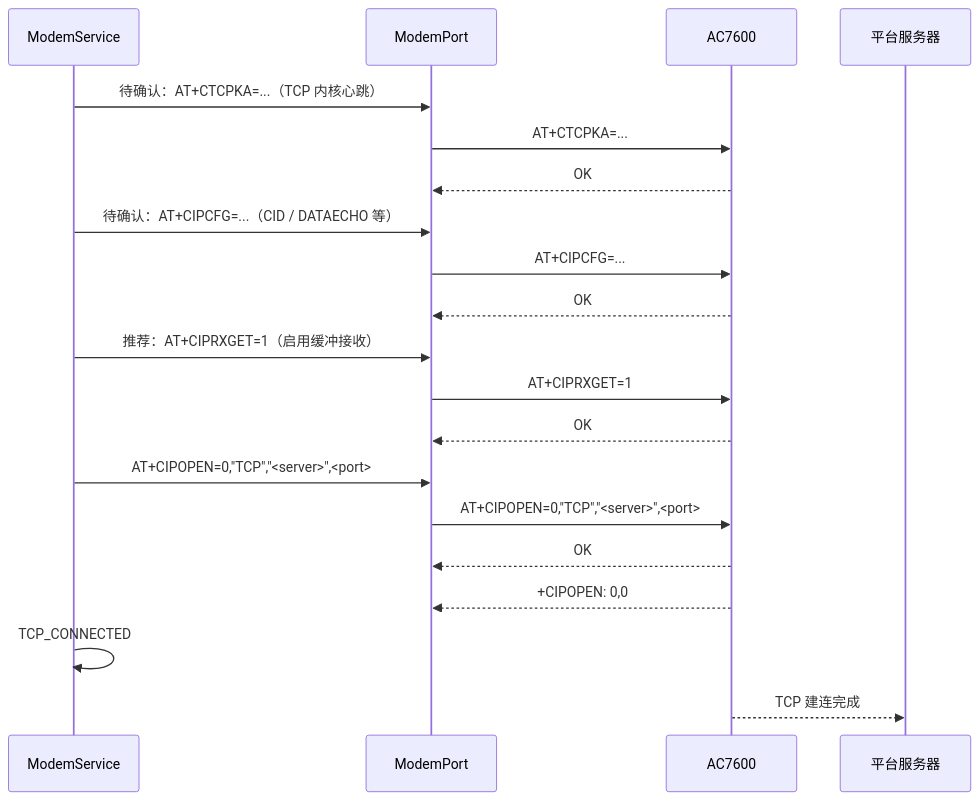
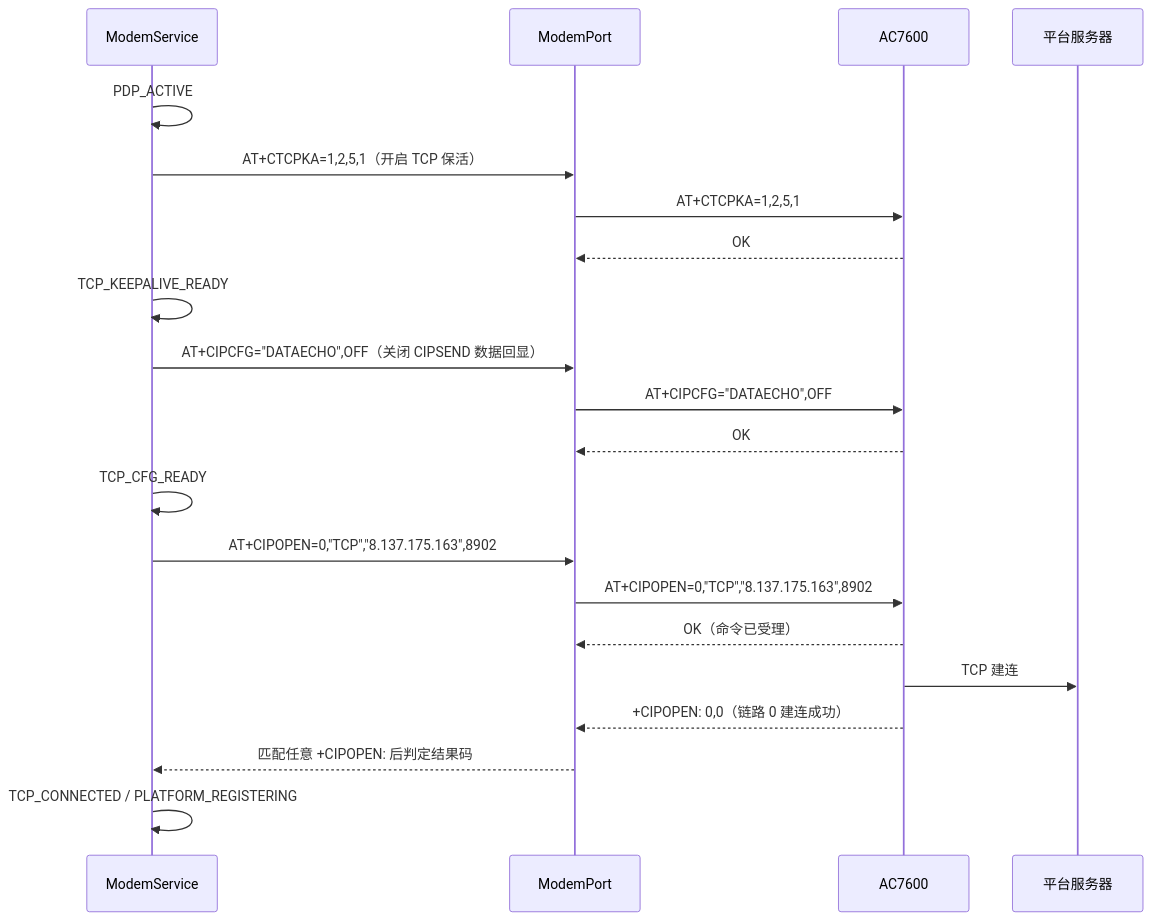
The fourth of 6 diagrams in docs/AC7600_TCPIP_SWIMLANE.md (xiaojunzhong123/eCall), drawn with Mermaid before and after one commit. The commit also changed other lines of this file and 5 other files, not shown here.

First line of the commit message:
CR-012: 打通 AC7600 PDP 与 TCP 链路

````diff
--- a/docs/AC7600_TCPIP_SWIMLANE.md
+++ b/docs/AC7600_TCPIP_SWIMLANE.md
@@ -79,26 +102,26 @@
 ```mermaid
 sequenceDiagram
     participant S as ModemService
     participant P as ModemPort
     participant M as AC7600
     participant V as 平台服务器
 
-    S->>P: 待确认：AT+CTCPKA=...（TCP 内核心跳）
-    P->>M: AT+CTCPKA=...
+    S->>S: PDP_ACTIVE
+    S->>P: AT+CTCPKA=1,2,5,1（开启 TCP 保活）
+    P->>M: AT+CTCPKA=1,2,5,1
     M-->>P: OK
+    S->>S: TCP_KEEPALIVE_READY
 
-    S->>P: 待确认：AT+CIPCFG=...（CID / DATAECHO 等）
-    P->>M: AT+CIPCFG=...
+    S->>P: AT+CIPCFG="DATAECHO",OFF（关闭 CIPSEND 数据回显）
+    P->>M: AT+CIPCFG="DATAECHO",OFF
     M-->>P: OK
+    S->>S: TCP_CFG_READY
 
-    S->>P: 推荐：AT+CIPRXGET=1（启用缓冲接收）
-    P->>M: AT+CIPRXGET=1
-    M-->>P: OK
-
-    S->>P: AT+CIPOPEN=0,"TCP","<server>",<port>
-    P->>M: AT+CIPOPEN=0,"TCP","<server>",<port>
-    M-->>P: OK
-    M-->>P: +CIPOPEN: 0,0
-    S->>S: TCP_CONNECTED
-    M-->>V: TCP 建连完成
+    S->>P: AT+CIPOPEN=0,"TCP","8.137.175.163",8902
+    P->>M: AT+CIPOPEN=0,"TCP","8.137.175.163",8902
+    M-->>P: OK（命令已受理）
+    M->>V: TCP 建连
+    M-->>P: +CIPOPEN: 0,0（链路 0 建连成功）
+    P-->>S: 匹配任意 +CIPOPEN: 后判定结果码
+    S->>S: TCP_CONNECTED / PLATFORM_REGISTERING
 ```
````
